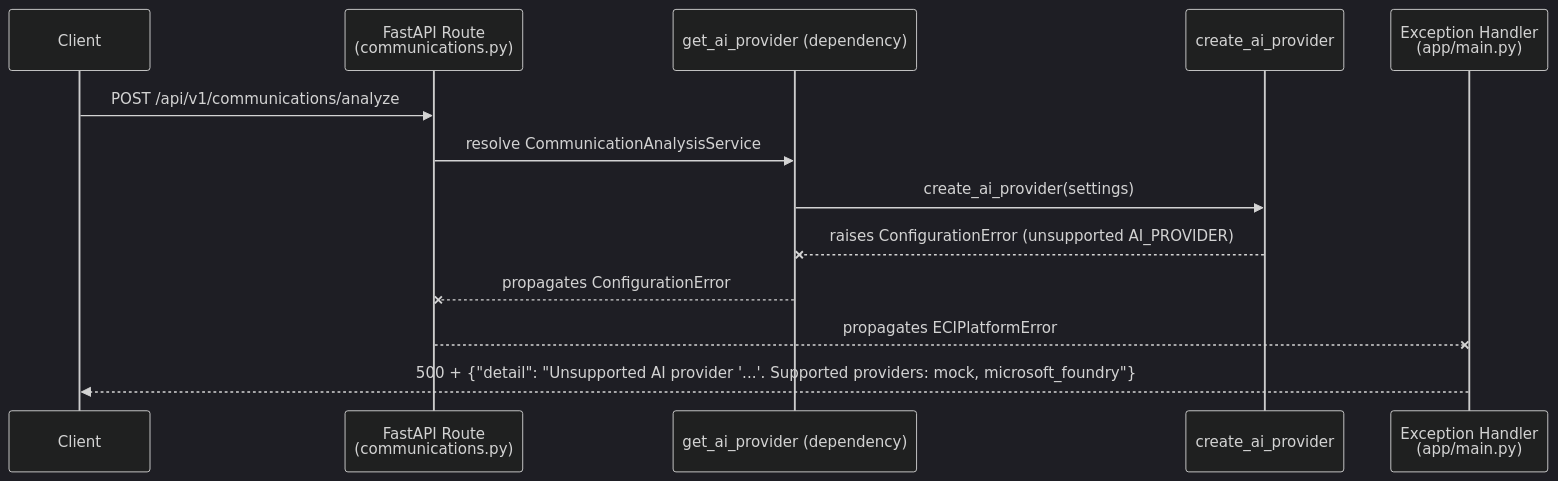
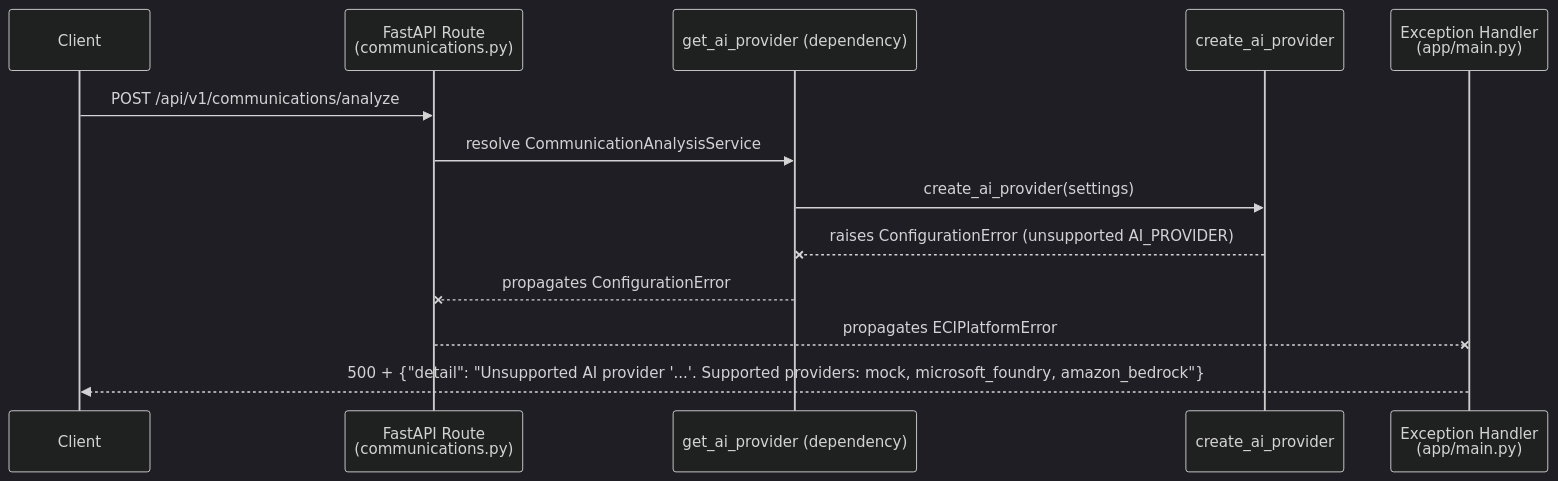
Before and after one commit to Susanta2025-lab/enterprise-communication-intelligence: the third of 4 diagrams in docs/architecture/sequence-diagrams.md, drawn with Mermaid (dark theme). The commit also changed other lines of this file and 47 other files, not shown here.

Commit message:
feat: integrate Amazon Bedrock provider

````diff
--- a/docs/architecture/sequence-diagrams.md
+++ b/docs/architecture/sequence-diagrams.md
@@ -50,16 +50,16 @@
 ```mermaid
 sequenceDiagram
     participant Client
     participant Route as FastAPI Route<br/>(communications.py)
     participant Dep as get_ai_provider (dependency)
     participant Factory as create_ai_provider
     participant Handler as Exception Handler<br/>(app/main.py)
 
     Client->>Route: POST /api/v1/communications/analyze
     Route->>Dep: resolve CommunicationAnalysisService
     Dep->>Factory: create_ai_provider(settings)
     Factory--xDep: raises ConfigurationError (unsupported AI_PROVIDER)
     Dep--xRoute: propagates ConfigurationError
     Route--xHandler: propagates ECIPlatformError
-    Handler-->>Client: 500 + {"detail": "Unsupported AI provider '...'. Supported providers: mock, microsoft_foundry"}
+    Handler-->>Client: 500 + {"detail": "Unsupported AI provider '...'. Supported providers: mock, microsoft_foundry, amazon_bedrock"}
 ```
````
